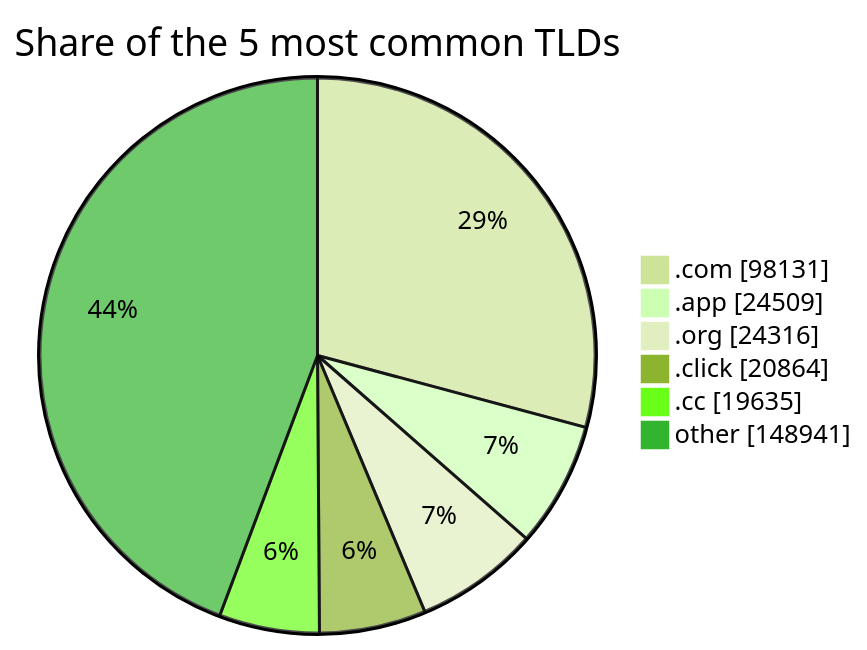
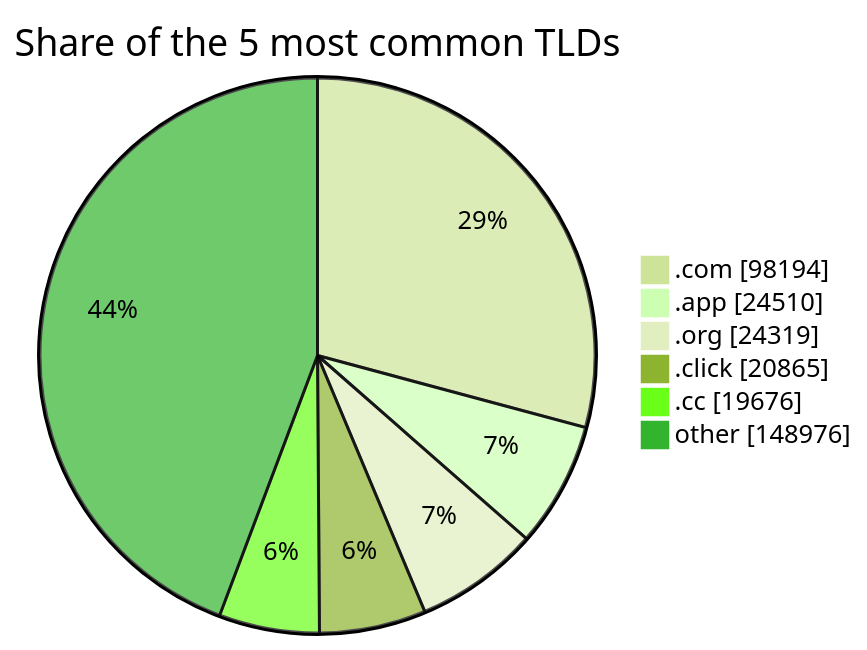
One commit to DNSBunker/CTI changed the third of 3 diagrams in README.md. Above: the diagram before and after it, drawn with Mermaid (forest theme). The commit also changed other lines of this file and 3 other files, not shown here.

````diff
--- a/README.md
+++ b/README.md
@@ -81,9 +81,9 @@
 ```mermaid
 pie showData title Share of the 5 most common TLDs
-    ".com" : 98131
-    ".app" : 24509
-    ".org" : 24316
-    ".click" : 20864
-    ".cc" : 19635
-    "other" : 148941
+    ".com" : 98194
+    ".app" : 24510
+    ".org" : 24319
+    ".click" : 20865
+    ".cc" : 19676
+    "other" : 148976
 ```
````
